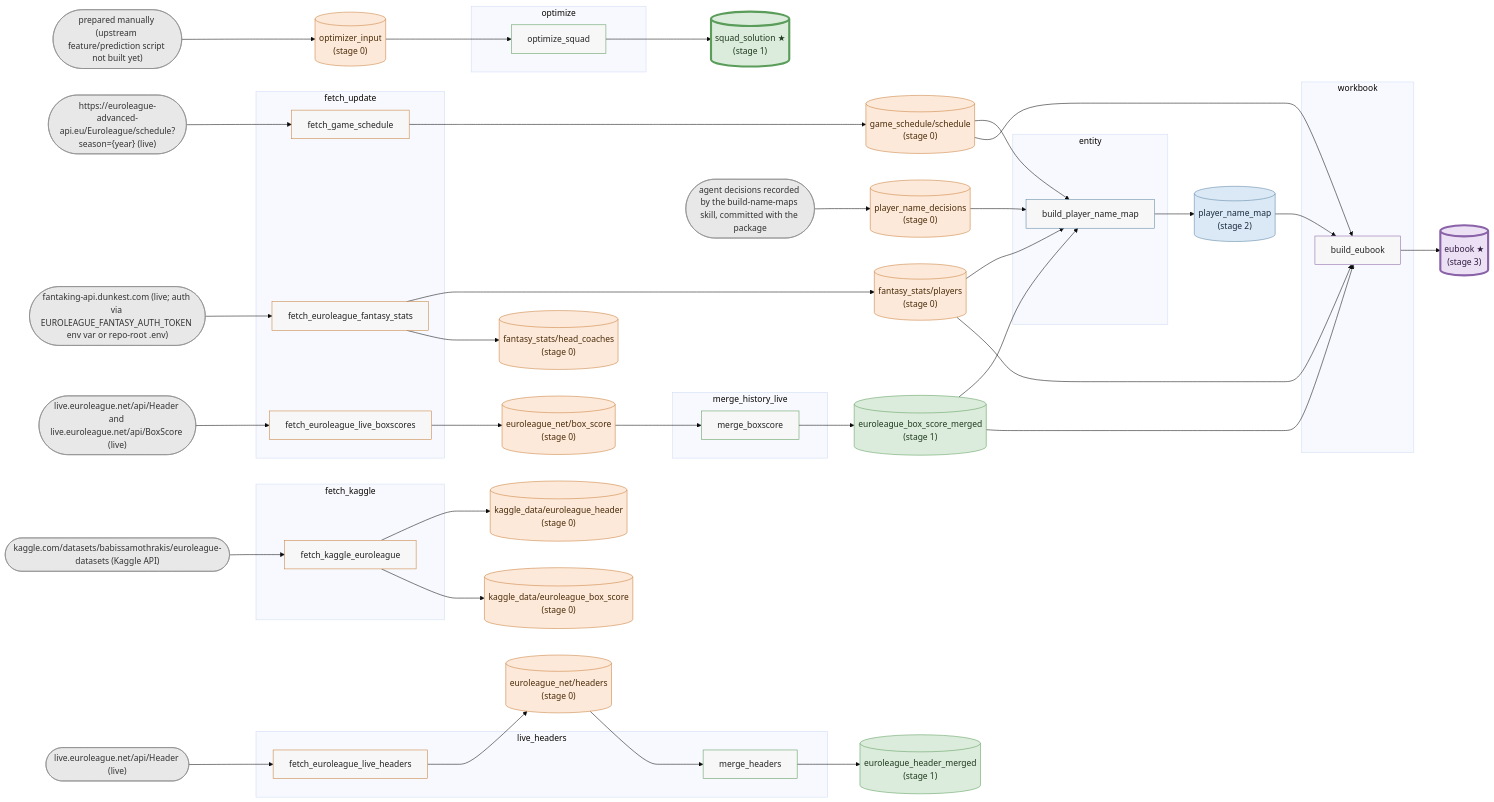
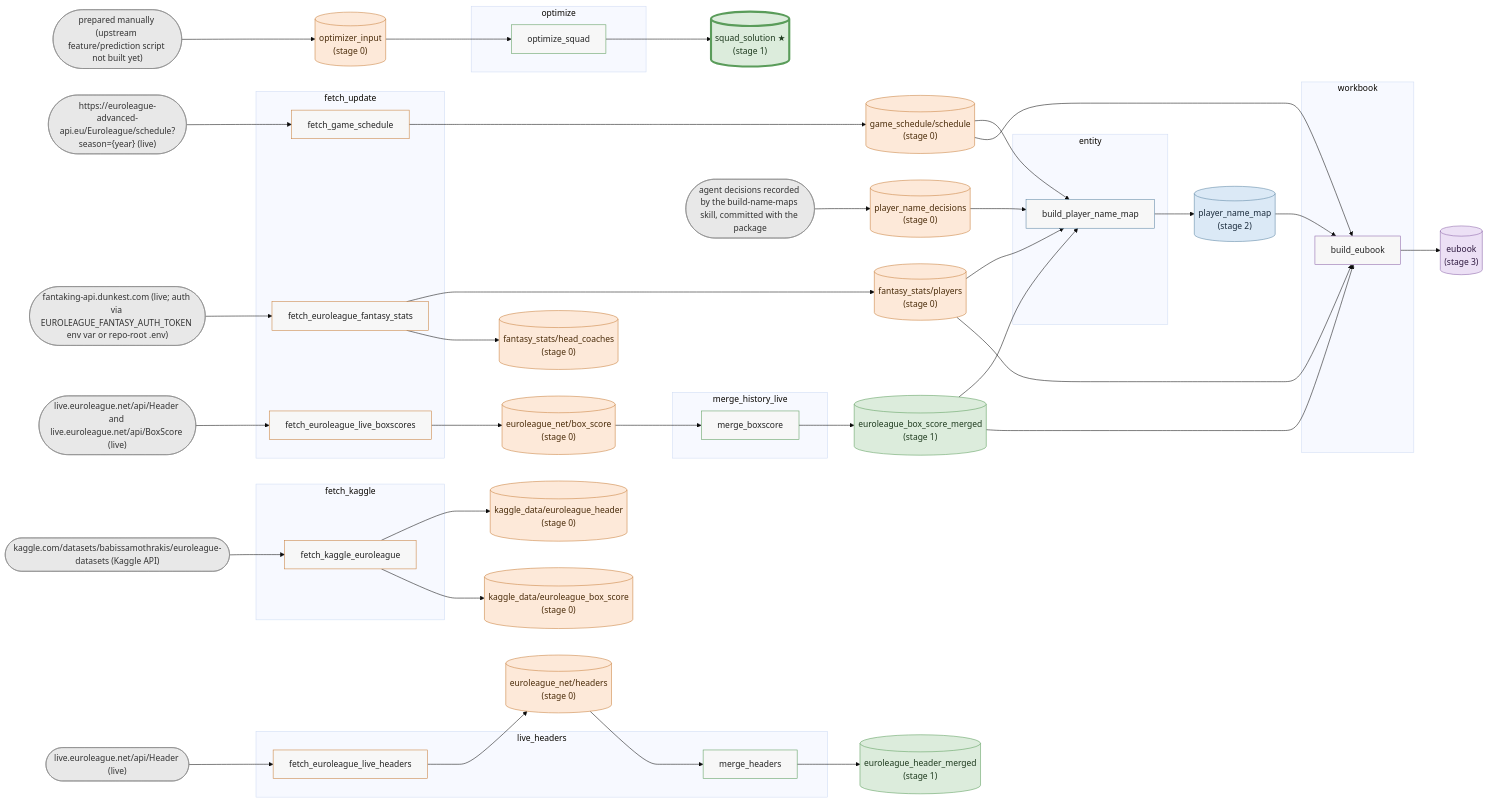
One commit to Takfes/indie-euroleague changed the diagram in docs/data-graph.md. Above: the diagram before and after it, drawn with Mermaid (base theme). The commit also changed 5 other files, not shown here.

First line of the commit message:
feat(eubook): latest workbook in stage_03, round-numbered copy in stage_99

````diff
--- a/docs/data-graph.md
+++ b/docs/data-graph.md
@@ -55,7 +55,7 @@
     d_euroleague_header_merged[("euroleague_header_merged<br/>(stage 1)")]
     d_squad_solution[("squad_solution ★<br/>(stage 1)")]
     d_player_name_map[("player_name_map<br/>(stage 2)")]
-    d_eubook[("eubook ★<br/>(stage 3)")]
+    d_eubook[("eubook<br/>(stage 3)")]
 
     %% edges
     d_euroleague_box_score_merged --> s_build_eubook
@@ -99,7 +99,7 @@
     classDef stage1 fill:#dcecdc,stroke:#5a9c5a,color:#1e3a1e
     classDef stage1_final fill:#dcecdc,stroke:#5a9c5a,color:#1e3a1e,stroke-width:4px
     classDef stage2 fill:#dbe9f6,stroke:#5b84a3,color:#1a2b3c
-    classDef stage3_final fill:#ece0f5,stroke:#8a62a8,color:#2f1a40,stroke-width:4px
+    classDef stage3 fill:#ece0f5,stroke:#8a62a8,color:#2f1a40
     class s_fetch_euroleague_fantasy_stats,s_fetch_euroleague_live_boxscores,s_fetch_euroleague_live_headers,s_fetch_game_schedule,s_fetch_kaggle_euroleague script_stage0
     class s_merge_boxscore,s_merge_headers,s_optimize_squad script_stage1
     class s_build_player_name_map script_stage2
@@ -109,5 +109,5 @@
     class d_euroleague_box_score_merged,d_euroleague_header_merged stage1
     class d_squad_solution stage1_final
     class d_player_name_map stage2
-    class d_eubook stage3_final
+    class d_eubook stage3
 ```
````
